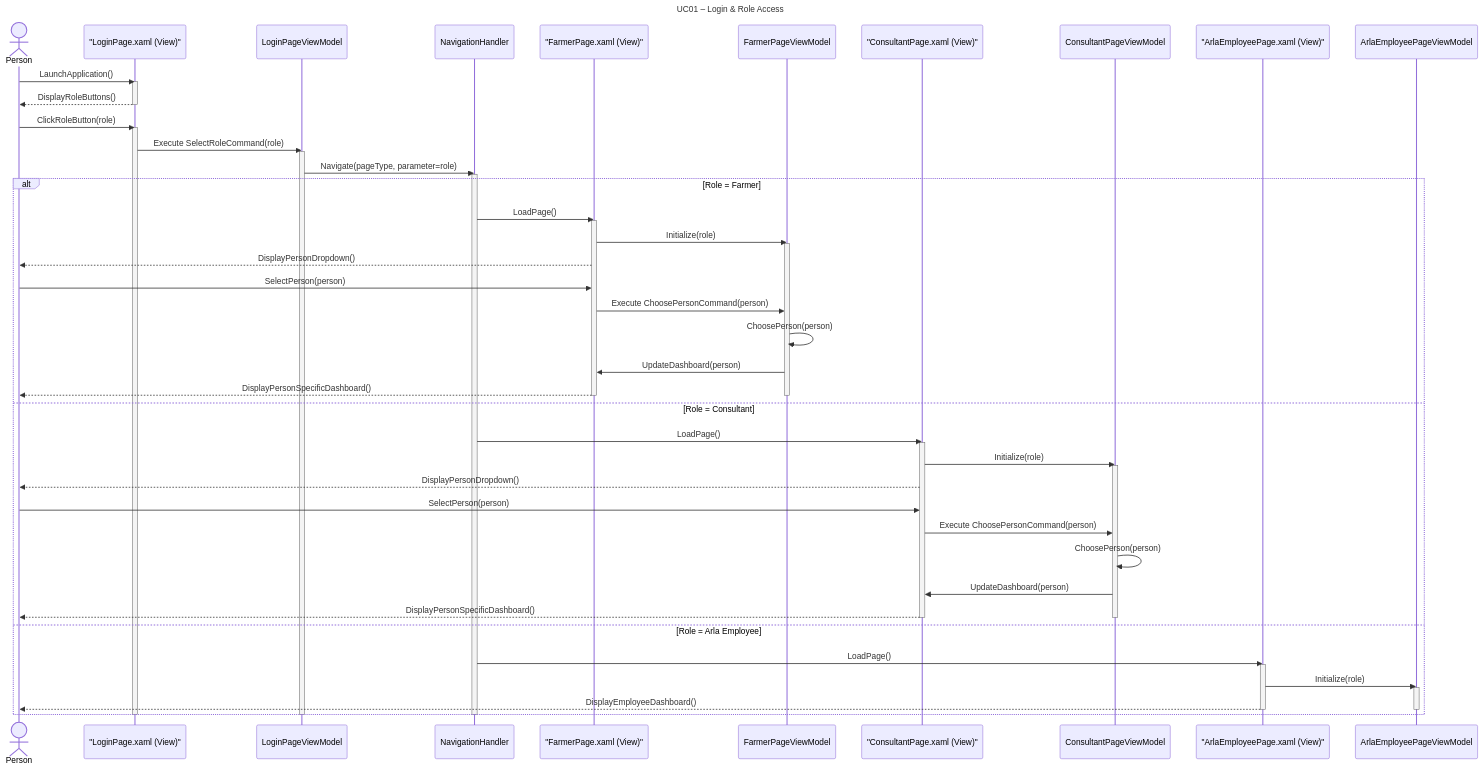
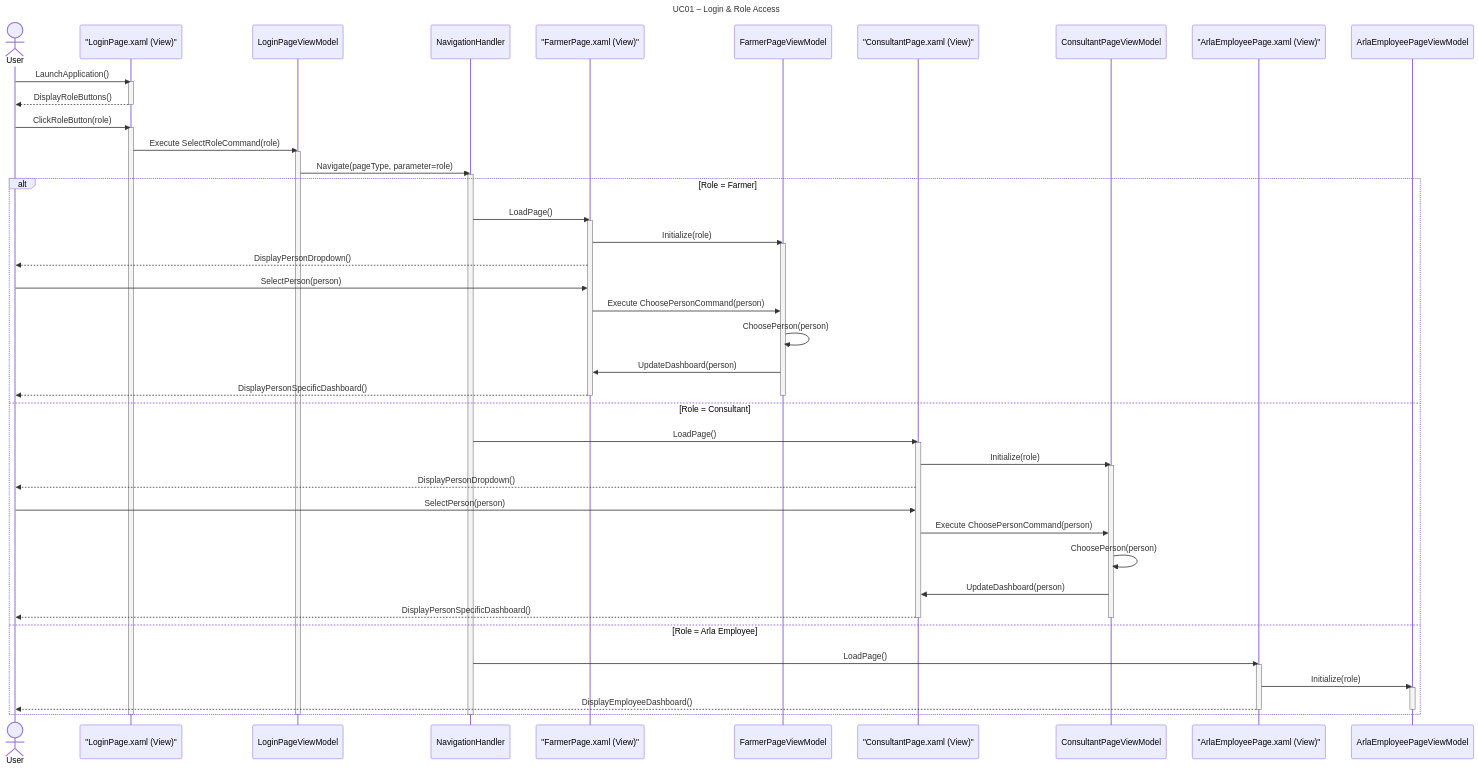
The diagram in docs/UseCase001-LoginAndRoleaccess/UC001-SD.mmd (DMOoF25-TEAM11/ArlaNatureConnect), drawn with Mermaid before and after one commit. The commit also changed 1 other file, not shown here.

Commit message:
Person -> User relevante steder

```diff
--- a/docs/UseCase001-LoginAndRoleaccess/UC001-SD.mmd
+++ b/docs/UseCase001-LoginAndRoleaccess/UC001-SD.mmd
@@ -1,68 +1,68 @@
 sequenceDiagram
     title UC01 – Login & Role Access
 
-    actor Person
+    actor User
     participant LoginPage as "LoginPage.xaml (View)"
     participant LoginPageViewModel
     participant NavigationHandler
     participant FarmerPage as "FarmerPage.xaml (View)"
     participant FarmerPageViewModel
     participant ConsultantPage as "ConsultantPage.xaml (View)"
     participant ConsultantPageViewModel
     participant ArlaEmployeePage as "ArlaEmployeePage.xaml (View)"
     participant ArlaEmployeePageViewModel
 
     %% Step 1: Launch
-    Person ->> LoginPage: LaunchApplication()
+    User ->> LoginPage: LaunchApplication()
     activate LoginPage
-    LoginPage -->> Person: DisplayRoleButtons()
+    LoginPage -->> User: DisplayRoleButtons()
     deactivate LoginPage
 
     %% Step 2: Role selection
-    Person ->> LoginPage: ClickRoleButton(role)
+    User ->> LoginPage: ClickRoleButton(role)
     activate LoginPage
     LoginPage ->> LoginPageViewModel: Execute SelectRoleCommand(role)
     activate LoginPageViewModel
     LoginPageViewModel ->> NavigationHandler: Navigate(pageType, parameter=role)
     activate NavigationHandler
 
     %% Step 3: Navigation based on role
     alt Role = Farmer
         NavigationHandler ->> FarmerPage: LoadPage()
         activate FarmerPage
         FarmerPage ->> FarmerPageViewModel: Initialize(role)
         activate FarmerPageViewModel
-        FarmerPage -->> Person: DisplayPersonDropdown()
-        Person ->> FarmerPage: SelectPerson(person)
+        FarmerPage -->> User: DisplayPersonDropdown()
+        User ->> FarmerPage: SelectPerson(person)
         FarmerPage ->> FarmerPageViewModel: Execute ChoosePersonCommand(person)
         FarmerPageViewModel ->> FarmerPageViewModel: ChoosePerson(person)
         FarmerPageViewModel ->> FarmerPage: UpdateDashboard(person)
-        FarmerPage -->> Person: DisplayPersonSpecificDashboard()
+        FarmerPage -->> User: DisplayPersonSpecificDashboard()
         deactivate FarmerPageViewModel
         deactivate FarmerPage
     else Role = Consultant
         NavigationHandler ->> ConsultantPage: LoadPage()
         activate ConsultantPage
         ConsultantPage ->> ConsultantPageViewModel: Initialize(role)
         activate ConsultantPageViewModel
-        ConsultantPage -->> Person: DisplayPersonDropdown()
-        Person ->> ConsultantPage: SelectPerson(person)
+        ConsultantPage -->> User: DisplayPersonDropdown()
+        User ->> ConsultantPage: SelectPerson(person)
         ConsultantPage ->> ConsultantPageViewModel: Execute ChoosePersonCommand(person)
         ConsultantPageViewModel ->> ConsultantPageViewModel: ChoosePerson(person)
         ConsultantPageViewModel ->> ConsultantPage: UpdateDashboard(person)
-        ConsultantPage -->> Person: DisplayPersonSpecificDashboard()
+        ConsultantPage -->> User: DisplayPersonSpecificDashboard()
         deactivate ConsultantPageViewModel
         deactivate ConsultantPage
     else Role = Arla Employee
         NavigationHandler ->> ArlaEmployeePage: LoadPage()
         activate ArlaEmployeePage
         ArlaEmployeePage ->> ArlaEmployeePageViewModel: Initialize(role)
         activate ArlaEmployeePageViewModel
-        ArlaEmployeePage -->> Person: DisplayEmployeeDashboard()
+        ArlaEmployeePage -->> User: DisplayEmployeeDashboard()
         deactivate ArlaEmployeePageViewModel
         deactivate ArlaEmployeePage
     end
 
     deactivate NavigationHandler
     deactivate LoginPageViewModel
     deactivate LoginPage
```
